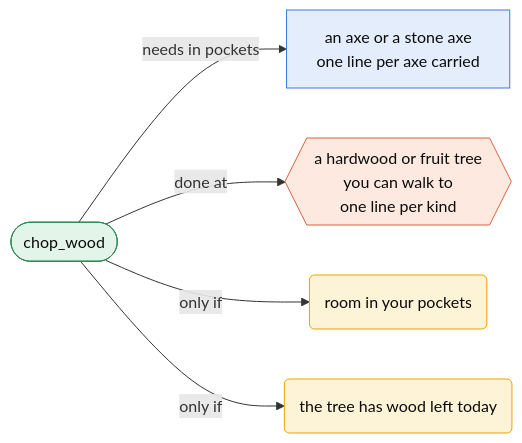
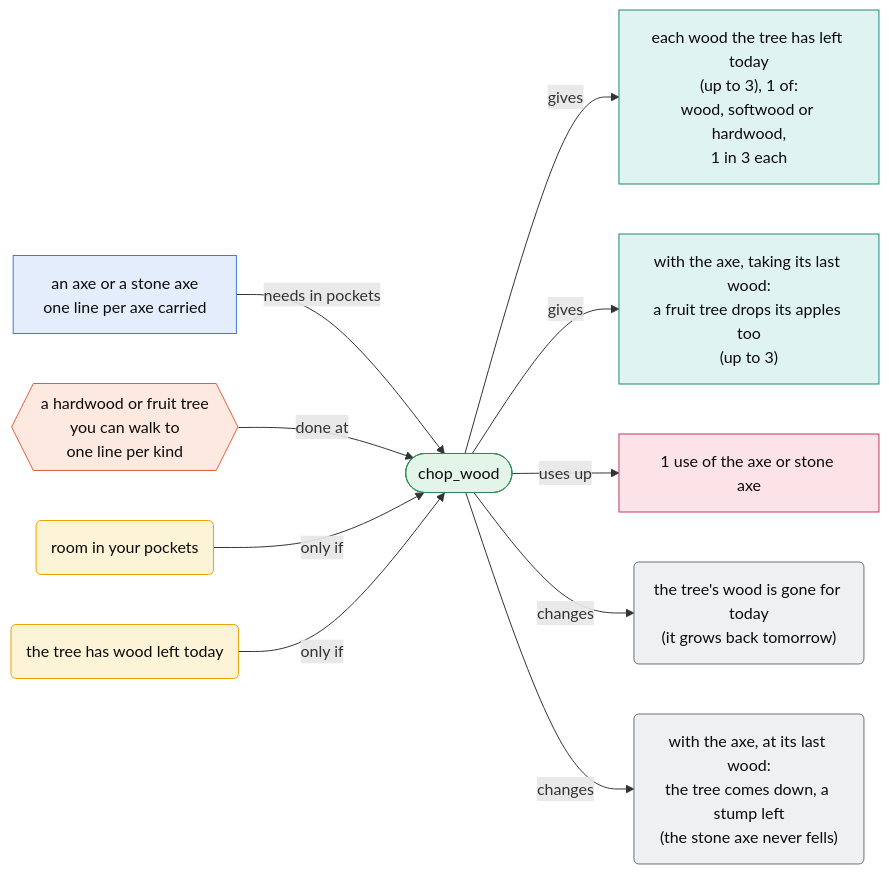
One commit to harjonillo/multiagent-island changed the third of 41 diagrams in docs/actions.md. Above: the diagram before and after it, drawn with Mermaid. The commit also changed other lines of this file and 9 other files, not shown here.

````diff
--- a/docs/actions.md
+++ b/docs/actions.md
@@ -87,16 +120,27 @@
 ```mermaid
 flowchart LR
     classDef act fill:#e3f4e8,stroke:#2e8b57,color:#0b0b0b
     classDef item fill:#e3edfb,stroke:#3d7bd9,color:#0b0b0b
     classDef place fill:#fde9df,stroke:#d9623d,color:#0b0b0b
     classDef cond fill:#fdf3d6,stroke:#eda100,color:#0b0b0b
+    classDef gain fill:#dff3f1,stroke:#1a8a7d,color:#0b0b0b
+    classDef spend fill:#fbe3e8,stroke:#c0396b,color:#0b0b0b
+    classDef change fill:#eef0f2,stroke:#6b7280,color:#0b0b0b
     A(["chop_wood"])
-    A -- "needs in pockets" --> I0["an axe or a stone axe<br/>one line per axe carried"]
-    A -- "done at" --> P0{{"a hardwood or fruit tree<br/>you can walk to<br/>one line per kind"}}
-    A -- "only if" --> C0("room in your pockets")
-    A -- "only if" --> C1("the tree has wood left today")
+    It0["an axe or a stone axe<br/>one line per axe carried"] -- "needs in pockets" --> A
+    Pl0{{"a hardwood or fruit tree<br/>you can walk to<br/>one line per kind"}} -- "done at" --> A
+    Co0("room in your pockets") -- "only if" --> A
+    Co1("the tree has wood left today") -- "only if" --> A
+    A -- "gives" --> Ga0["each wood the tree has left today<br/>(up to 3), 1 of:<br/>wood, softwood or hardwood,<br/>1 in 3 each"]
+    A -- "gives" --> Ga1["with the axe, taking its last wood:<br/>a fruit tree drops its apples too<br/>(up to 3)"]
+    A -- "uses up" --> Sp0["1 use of the axe or stone axe"]
+    A -- "changes" --> Ch0("the tree's wood is gone for today<br/>(it grows back tomorrow)")
+    A -- "changes" --> Ch1("with the axe, at its last wood:<br/>the tree comes down, a stump left<br/>(the stone axe never fells)")
     class A act
-    class I0 item
-    class P0 place
-    class C0,C1 cond
+    class It0 item
+    class Pl0 place
+    class Co0,Co1 cond
+    class Ga0,Ga1 gain
+    class Sp0 spend
+    class Ch0,Ch1 change
 ```
````
